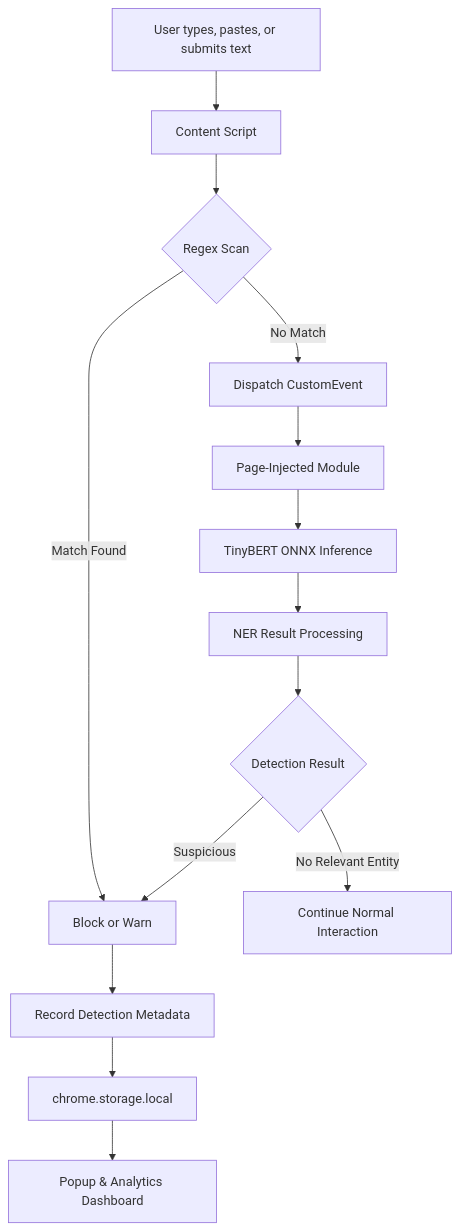
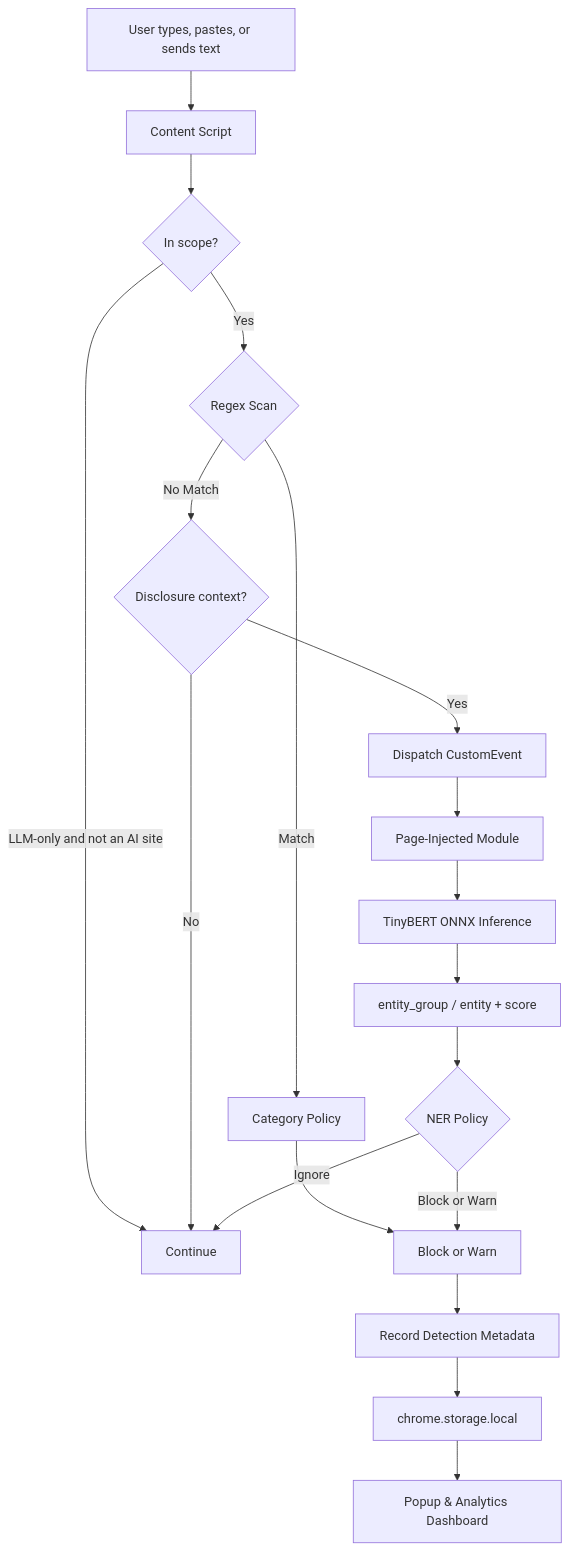
The diagram in README.md (RevHeadGuy/LLM_DATA_LEAKAGE_MONITOR), drawn with Mermaid before and after one commit. The commit also changed other lines of this file and 15 other files, not shown here.

````diff
--- a/README.md
+++ b/README.md
@@ -79,16 +82,21 @@
 ```mermaid
 flowchart TD
-    A["User types, pastes, or submits text"] --> B["Content Script"]
-    B --> C{"Regex Scan"}
-    C -->|Match Found| D["Block or Warn"]
-    C -->|No Match| E["Dispatch CustomEvent"]
+    A["User types, pastes, or sends text"] --> B["Content Script"]
+    B --> S{"In scope?"}
+    S -->|LLM-only and not an AI site| J["Continue"]
+    S -->|Yes| C{"Regex Scan"}
+    C -->|Match| P["Category Policy"]
+    P --> D["Block or Warn"]
+    C -->|No Match| N{"Disclosure context?"}
+    N -->|No| J
+    N -->|Yes| E["Dispatch CustomEvent"]
     E --> F["Page-Injected Module"]
     F --> G["TinyBERT ONNX Inference"]
-    G --> H["NER Result Processing"]
-    H --> I{"Detection Result"}
-    I -->|Suspicious| D
-    I -->|No Relevant Entity| J["Continue Normal Interaction"]
+    G --> H["entity_group / entity + score"]
+    H --> I{"NER Policy"}
+    I -->|Block or Warn| D
+    I -->|Ignore| J
     D --> K["Record Detection Metadata"]
     K --> L["chrome.storage.local"]
     L --> M["Popup & Analytics Dashboard"]
 ```
````
